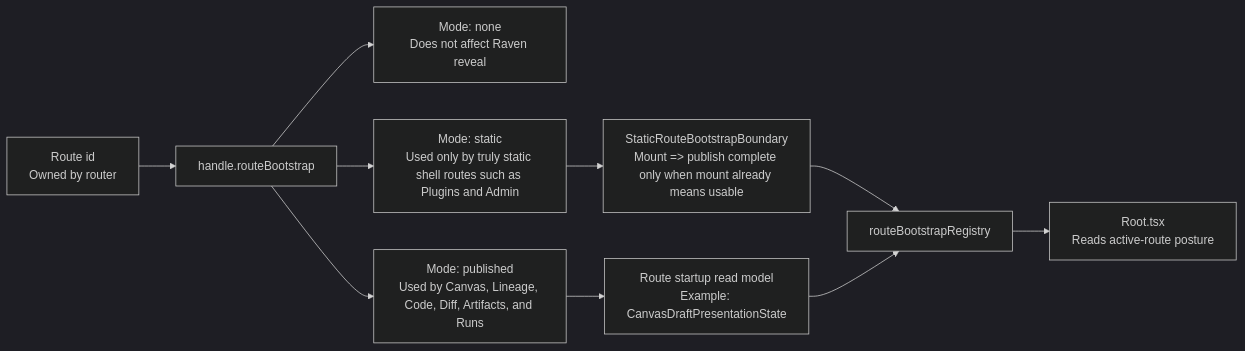
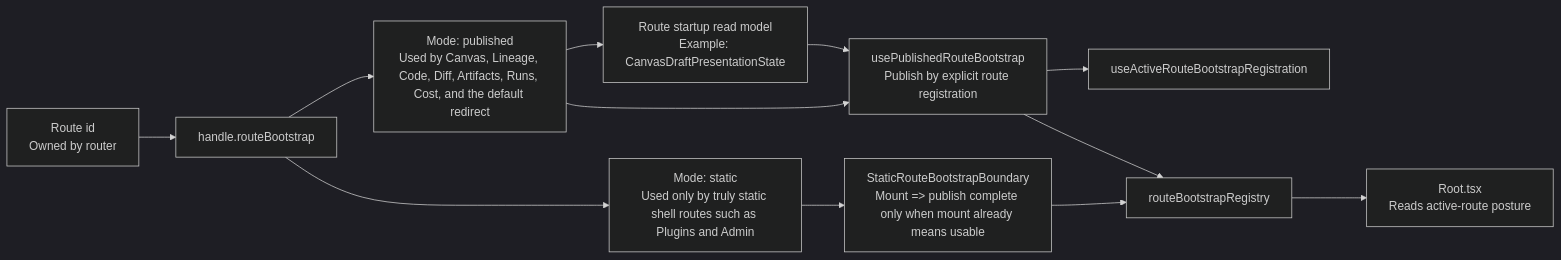
The fourth of 6 diagrams in docs/architecture/components/web/graph/canvas-component-map-and-modernization-review.md (dunay2/dvt), drawn with Mermaid (dark theme) before and after one commit. The commit also changed other lines of this file and 14 other files, not shown here.

Commit message:
refactor(web): Harden route bootstrap detection and align graph docs

````diff
--- a/docs/architecture/components/web/graph/canvas-component-map-and-modernization-review.md
+++ b/docs/architecture/components/web/graph/canvas-component-map-and-modernization-review.md
@@ -287,12 +299,14 @@
 ```mermaid
 flowchart LR
   RouteId["Route id\nOwned by router"] --> Handle["handle.routeBootstrap"]
-  Handle --> NoneMode["Mode: none\nDoes not affect Raven reveal"]
   Handle --> StaticMode["Mode: static\nUsed only by truly static shell routes such as Plugins and Admin"]
-  Handle --> PublishedMode["Mode: published\nUsed by Canvas, Lineage, Code, Diff, Artifacts, and Runs"]
+  Handle --> PublishedMode["Mode: published\nUsed by Canvas, Lineage, Code, Diff, Artifacts, Runs, Cost, and the default redirect"]
   StaticMode --> Boundary["StaticRouteBootstrapBoundary\nMount => publish complete only when mount already means usable"]
   PublishedMode --> RouteReadModel["Route startup read model\nExample: CanvasDraftPresentationState"]
+  PublishedMode --> Publisher["usePublishedRouteBootstrap\nPublish by explicit route registration"]
+  Publisher --> ActiveRegistration["useActiveRouteBootstrapRegistration"]
   Boundary --> Registry["routeBootstrapRegistry"]
-  RouteReadModel --> Registry
+  RouteReadModel --> Publisher
+  Publisher --> Registry
   Registry --> Root["Root.tsx\nReads active-route posture"]
 ```
````
